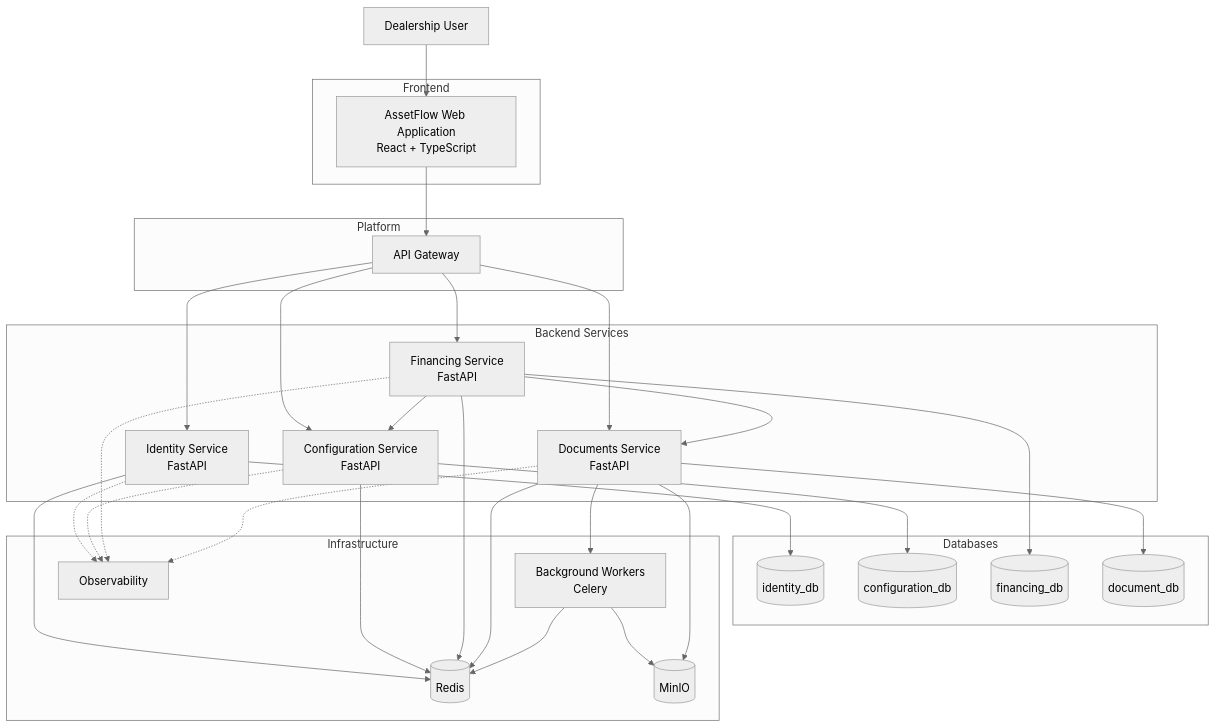
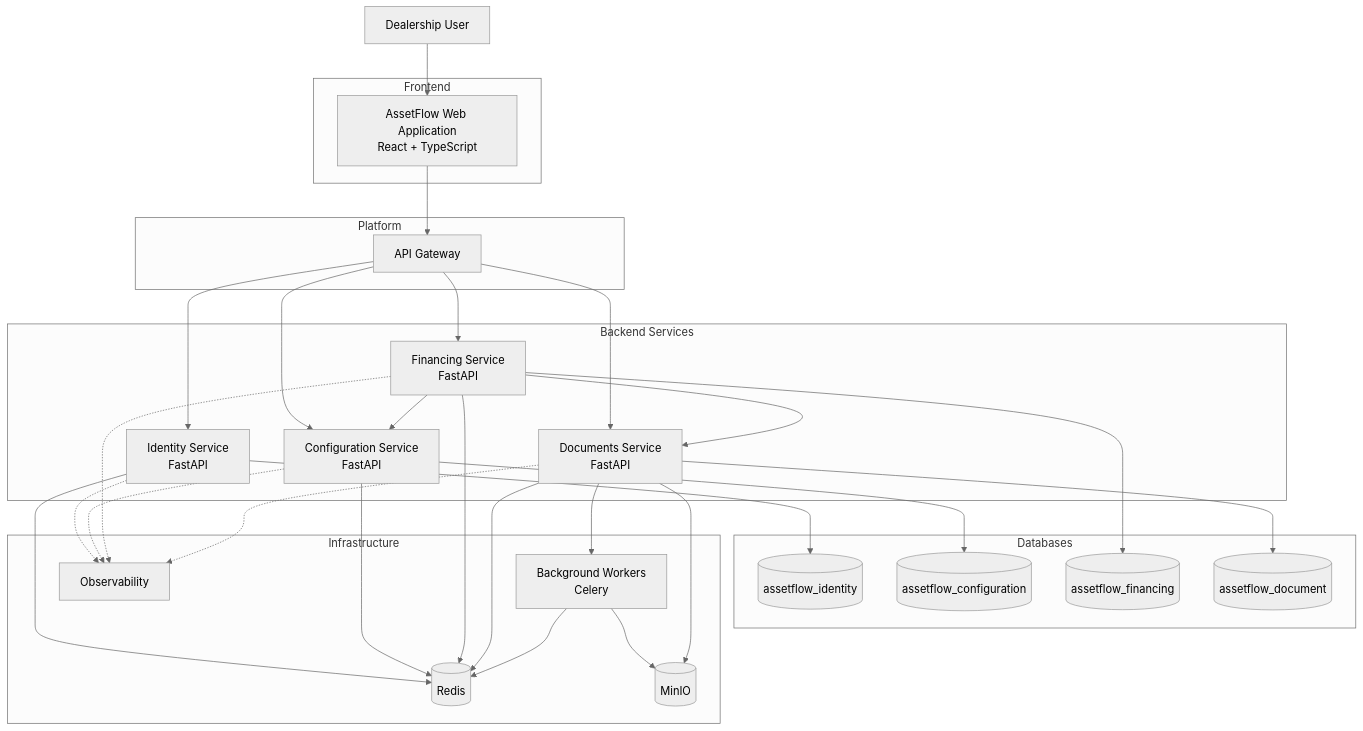
The first of 4 diagrams in docs/05_SYSTEM_ARCHITECTURE.md (itzwoki/assetflow-platform), drawn with Mermaid (neutral theme) before and after one commit. The commit also changed other lines of this file and 7 other files, not shown here.

````diff
--- a/docs/05_SYSTEM_ARCHITECTURE.md
+++ b/docs/05_SYSTEM_ARCHITECTURE.md
@@ -48,64 +47,64 @@
 ```mermaid
 flowchart TB
     User[Dealership User]
 
     subgraph Frontend
         Web[AssetFlow Web Application<br/>React + TypeScript]
     end
 
     subgraph Platform
         Gateway[API Gateway]
     end
 
     subgraph Backend Services
         Identity[Identity Service<br/>FastAPI]
         Config[Configuration Service<br/>FastAPI]
         Financing[Financing Service<br/>FastAPI]
         Documents[Documents Service<br/>FastAPI]
     end
 
     subgraph Databases
-        IdentityDB[(identity_db)]
-        ConfigDB[(configuration_db)]
-        FinancingDB[(financing_db)]
-        DocumentDB[(document_db)]
+        IdentityDB[(assetflow_identity)]
+        ConfigDB[(assetflow_configuration)]
+        FinancingDB[(assetflow_financing)]
+        DocumentDB[(assetflow_document)]
     end
 
     subgraph Infrastructure
         Redis[(Redis)]
         Worker[Background Workers<br/>Celery]
         Storage[(MinIO)]
         Monitoring[Observability]
     end
 
     User --> Web
     Web --> Gateway
 
     Gateway --> Identity
     Gateway --> Config
     Gateway --> Financing
     Gateway --> Documents
 
     Identity --> IdentityDB
     Config --> ConfigDB
     Financing --> FinancingDB
     Documents --> DocumentDB
 
     Financing --> Config
     Financing --> Documents
 
     Identity --> Redis
     Config --> Redis
     Financing --> Redis
     Documents --> Redis
 
     Documents --> Worker
     Worker --> Redis
     Worker --> Storage
     Documents --> Storage
 
     Identity -.-> Monitoring
     Config -.-> Monitoring
     Financing -.-> Monitoring
     Documents -.-> Monitoring
 ```
````
